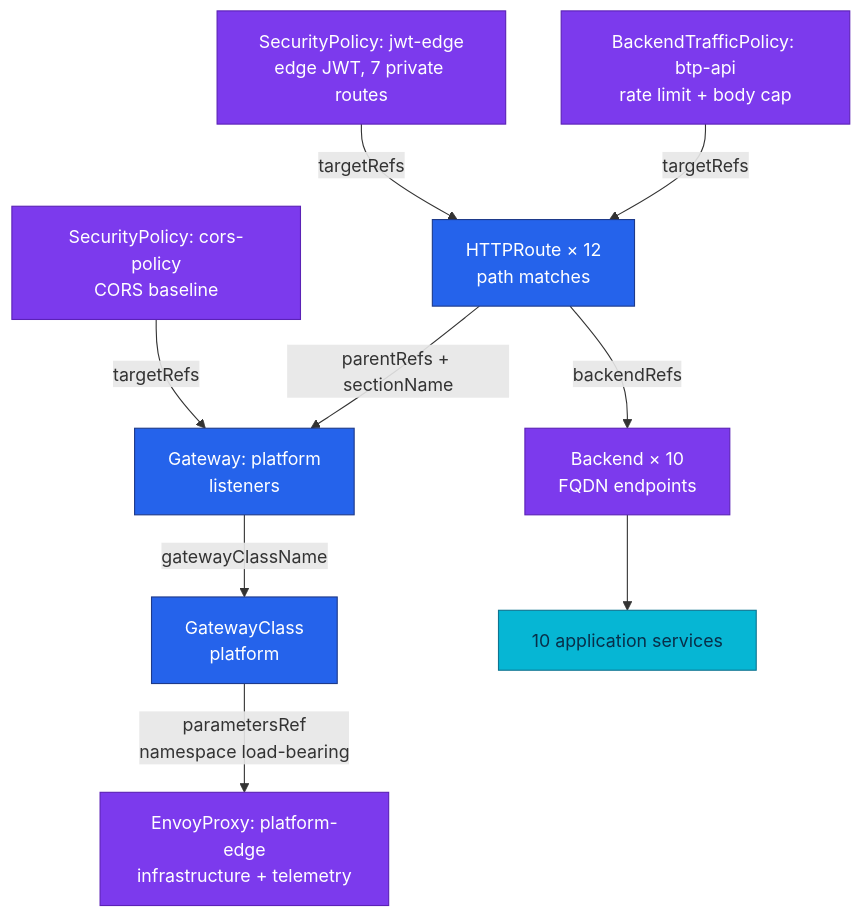
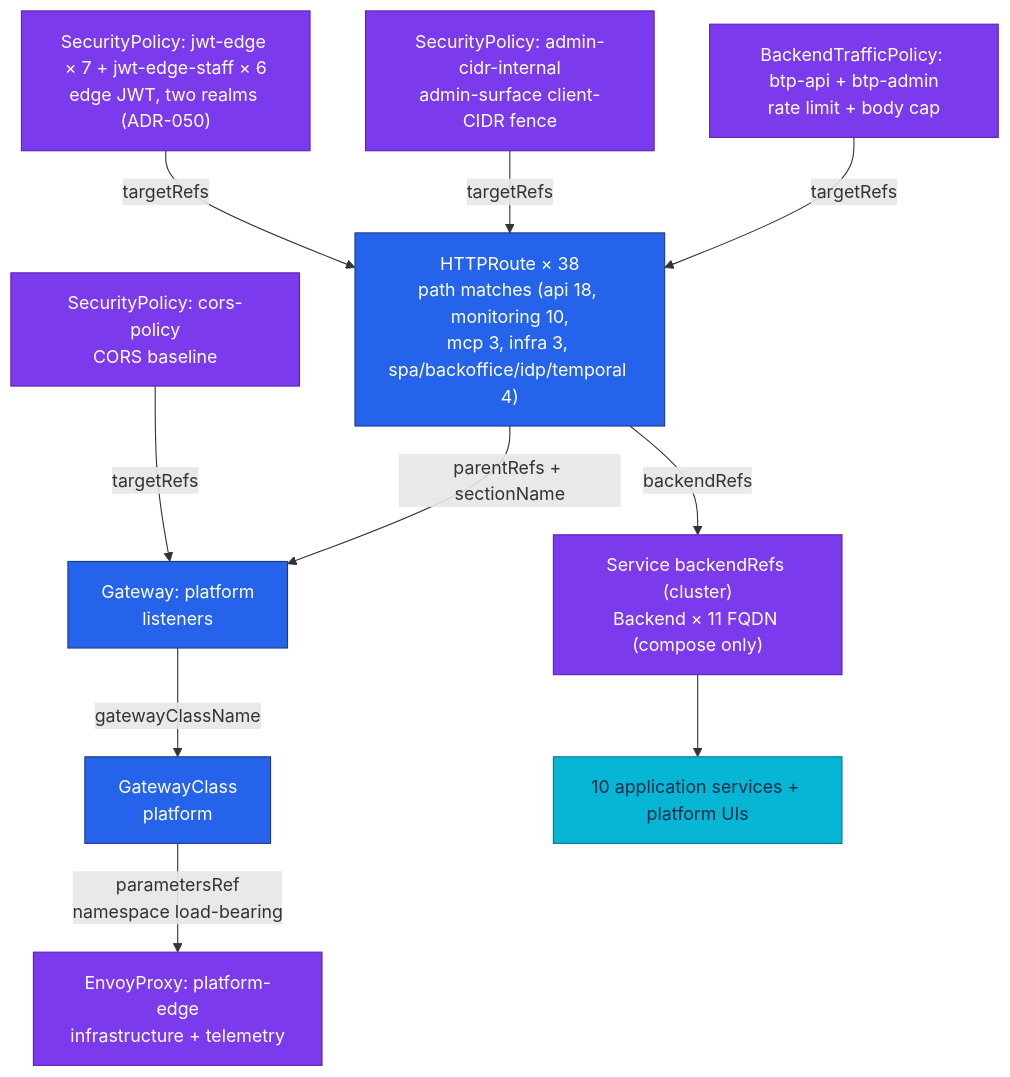
Before and after one commit to duynhlab/homelab: the first of 3 diagrams in docs/platform/envoy-gateway.md, drawn with Mermaid. The commit also changed other lines of this file and 11 other files, not shown here.

````diff
--- a/docs/platform/envoy-gateway.md
+++ b/docs/platform/envoy-gateway.md
@@ -46,28 +46,30 @@
 ```mermaid
 flowchart TD
   gc["GatewayClass<br/>platform"]
   ep["EnvoyProxy: platform-edge<br/>infrastructure + telemetry"]
   gw["Gateway: platform<br/>listeners"]
   cors["SecurityPolicy: cors-policy<br/>CORS baseline"]
-  hr["HTTPRoute × 12<br/>path matches"]
-  jwt["SecurityPolicy: jwt-edge<br/>edge JWT, 7 private routes"]
-  btp["BackendTrafficPolicy: btp-api<br/>rate limit + body cap"]
-  be["Backend × 10<br/>FQDN endpoints"]
-  svc["10 application services"]
+  hr["HTTPRoute × 38<br/>path matches (api 18, monitoring 10,<br/>mcp 3, infra 3, spa/backoffice/idp/temporal 4)"]
+  jwt["SecurityPolicy: jwt-edge × 7 + jwt-edge-staff × 6<br/>edge JWT, two realms (ADR-050)"]
+  cidr["SecurityPolicy: admin-cidr-internal<br/>admin-surface client-CIDR fence"]
+  btp["BackendTrafficPolicy: btp-api + btp-admin<br/>rate limit + body cap"]
+  be["Service backendRefs (cluster)<br/>Backend × 11 FQDN (compose only)"]
+  svc["10 application services + platform UIs"]
 
   gc -->|"parametersRef<br/>namespace load-bearing"| ep
   gw -->|gatewayClassName| gc
   hr -->|"parentRefs + sectionName"| gw
   hr -->|backendRefs| be
   be --> svc
   cors -->|targetRefs| gw
   jwt -->|targetRefs| hr
+  cidr -->|targetRefs| hr
   btp -->|targetRefs| hr
 
   classDef edge fill:#2563eb,color:#fff,stroke:#1e3a8a;
   classDef platform fill:#7c3aed,color:#fff,stroke:#5b21b6;
   classDef service fill:#06b6d4,color:#082f49,stroke:#0e7490;
   class gc,gw,hr edge
-  class ep,be,cors,jwt,btp platform
+  class ep,be,cors,jwt,cidr,btp platform
   class svc service
 ```
````
